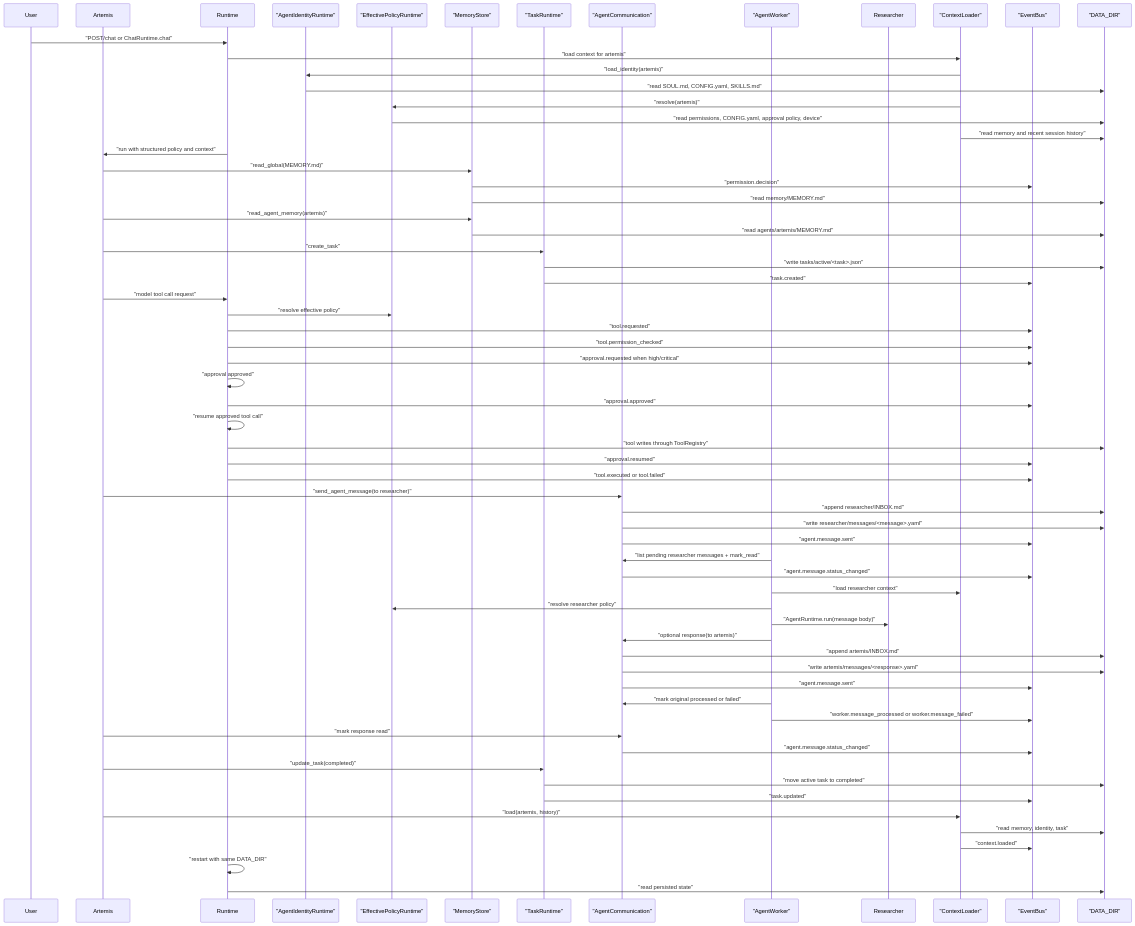
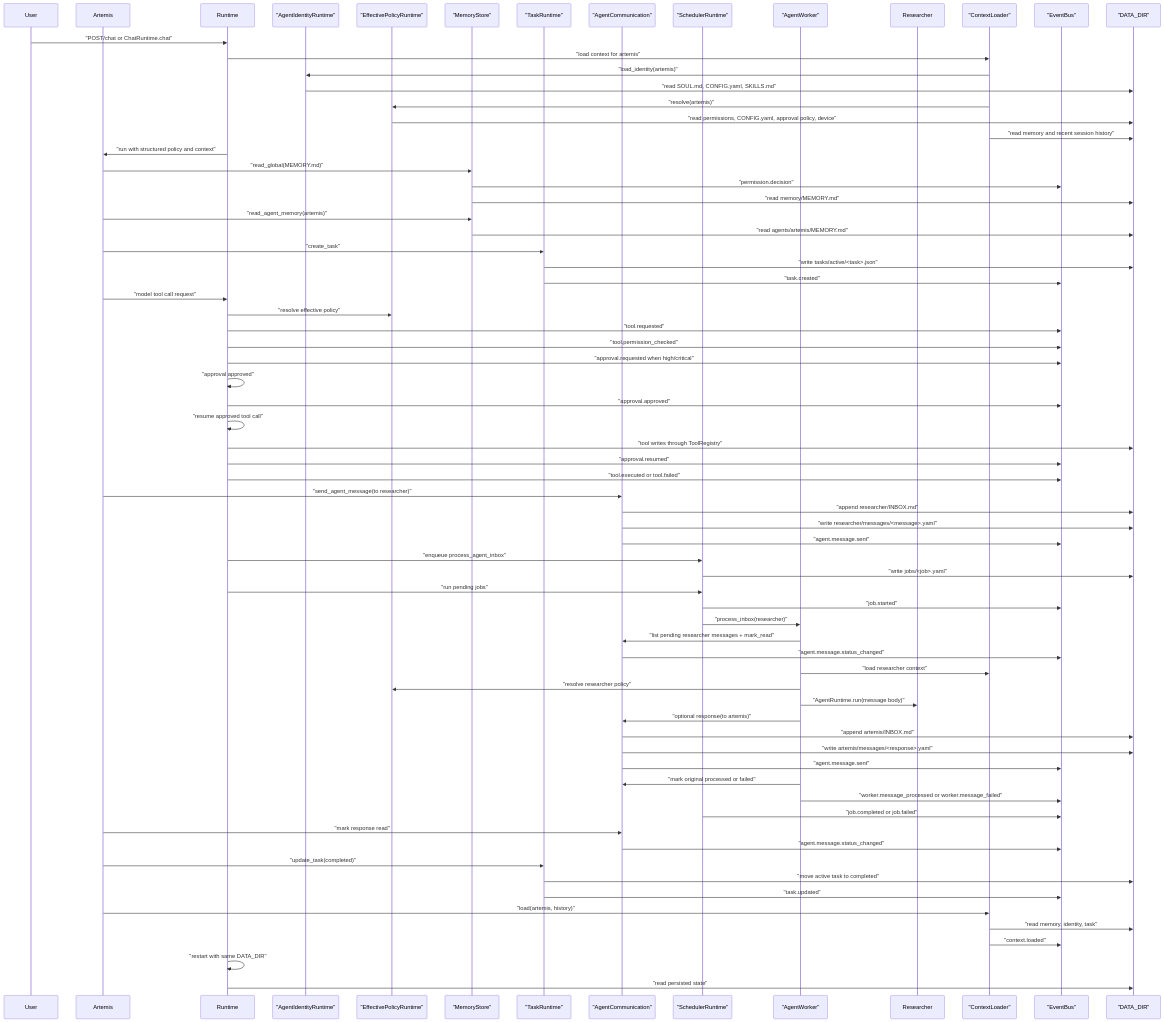
The diagram in docs/validation/runtime-walkthrough.md (xDynamo01/Synapse), drawn with Mermaid before and after one commit. The commit also changed other lines of this file and 12 other files, not shown here.

````diff
--- a/docs/validation/runtime-walkthrough.md
+++ b/docs/validation/runtime-walkthrough.md
@@ -718,69 +725,76 @@
 ```mermaid
 sequenceDiagram
     participant User
     participant Artemis
     participant Runtime
     participant Identity as "AgentIdentityRuntime"
     participant Policy as "EffectivePolicyRuntime"
     participant Memory as "MemoryStore"
     participant Tasks as "TaskRuntime"
     participant A2A as "AgentCommunication"
+    participant Scheduler as "SchedulerRuntime"
     participant Worker as "AgentWorker"
     participant Researcher
     participant Context as "ContextLoader"
     participant Events as "EventBus"
     participant Files as "DATA_DIR"
 
     User->>Runtime: "POST/chat or ChatRuntime.chat"
     Runtime->>Context: "load context for artemis"
     Context->>Identity: "load_identity(artemis)"
     Identity->>Files: "read SOUL.md, CONFIG.yaml, SKILLS.md"
     Context->>Policy: "resolve(artemis)"
     Policy->>Files: "read permissions, CONFIG.yaml, approval policy, device"
     Context->>Files: "read memory and recent session history"
     Runtime->>Artemis: "run with structured policy and context"
     Artemis->>Memory: "read_global(MEMORY.md)"
     Memory->>Events: "permission.decision"
     Memory->>Files: "read memory/MEMORY.md"
     Artemis->>Memory: "read_agent_memory(artemis)"
     Memory->>Files: "read agents/artemis/MEMORY.md"
     Artemis->>Tasks: "create_task"
     Tasks->>Files: "write tasks/active/<task>.json"
     Tasks->>Events: "task.created"
     Artemis->>Runtime: "model tool call request"
     Runtime->>Policy: "resolve effective policy"
     Runtime->>Events: "tool.requested"
     Runtime->>Events: "tool.permission_checked"
     Runtime->>Events: "approval.requested when high/critical"
     Runtime->>Runtime: "approval approved"
     Runtime->>Events: "approval.approved"
     Runtime->>Runtime: "resume approved tool call"
     Runtime->>Files: "tool writes through ToolRegistry"
     Runtime->>Events: "approval.resumed"
     Runtime->>Events: "tool.executed or tool.failed"
     Artemis->>A2A: "send_agent_message(to researcher)"
     A2A->>Files: "append researcher/INBOX.md"
     A2A->>Files: "write researcher/messages/<message>.yaml"
     A2A->>Events: "agent.message.sent"
+    Runtime->>Scheduler: "enqueue process_agent_inbox"
+    Scheduler->>Files: "write jobs/<job>.yaml"
+    Runtime->>Scheduler: "run pending jobs"
+    Scheduler->>Events: "job.started"
+    Scheduler->>Worker: "process_inbox(researcher)"
     Worker->>A2A: "list pending researcher messages + mark_read"
     A2A->>Events: "agent.message.status_changed"
     Worker->>Context: "load researcher context"
     Worker->>Policy: "resolve researcher policy"
     Worker->>Researcher: "AgentRuntime.run(message body)"
     Worker->>A2A: "optional response(to artemis)"
     A2A->>Files: "append artemis/INBOX.md"
     A2A->>Files: "write artemis/messages/<response>.yaml"
     A2A->>Events: "agent.message.sent"
     Worker->>A2A: "mark original processed or failed"
     Worker->>Events: "worker.message_processed or worker.message_failed"
+    Scheduler->>Events: "job.completed or job.failed"
     Artemis->>A2A: "mark response read"
     A2A->>Events: "agent.message.status_changed"
     Artemis->>Tasks: "update_task(completed)"
     Tasks->>Files: "move active task to completed"
     Tasks->>Events: "task.updated"
     Artemis->>Context: "load(artemis, history)"
     Context->>Files: "read memory, identity, task"
     Context->>Events: "context.loaded"
     Runtime->>Runtime: "restart with same DATA_DIR"
     Runtime->>Files: "read persisted state"
 ```
````
